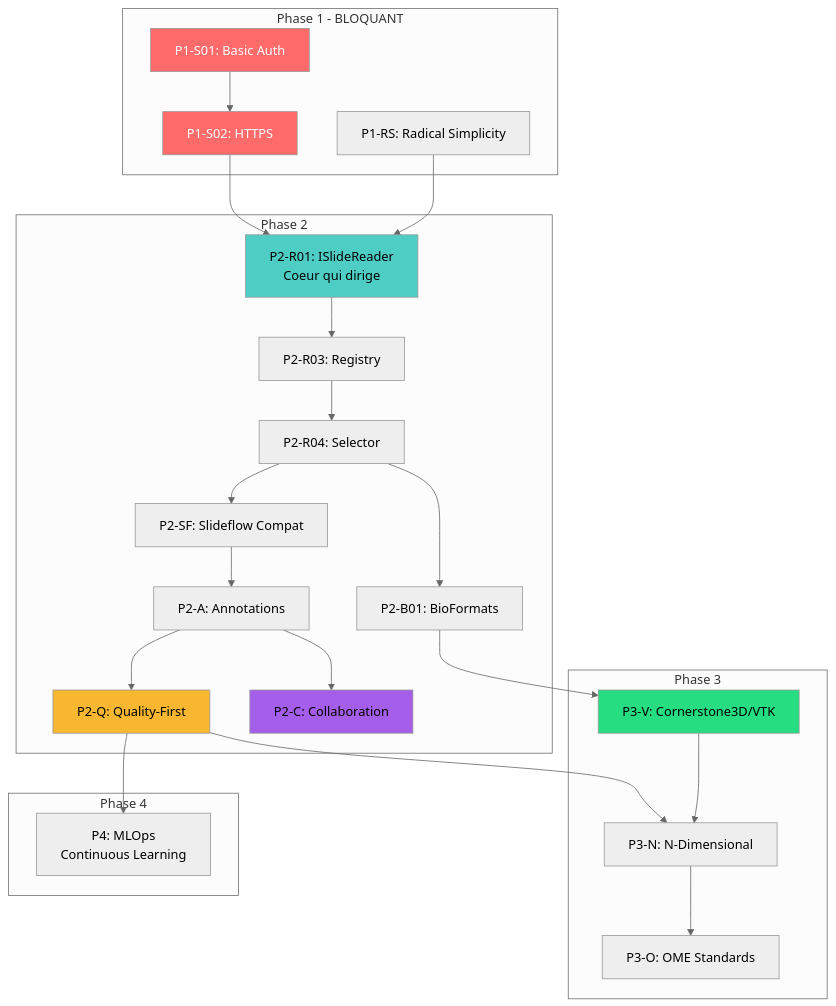
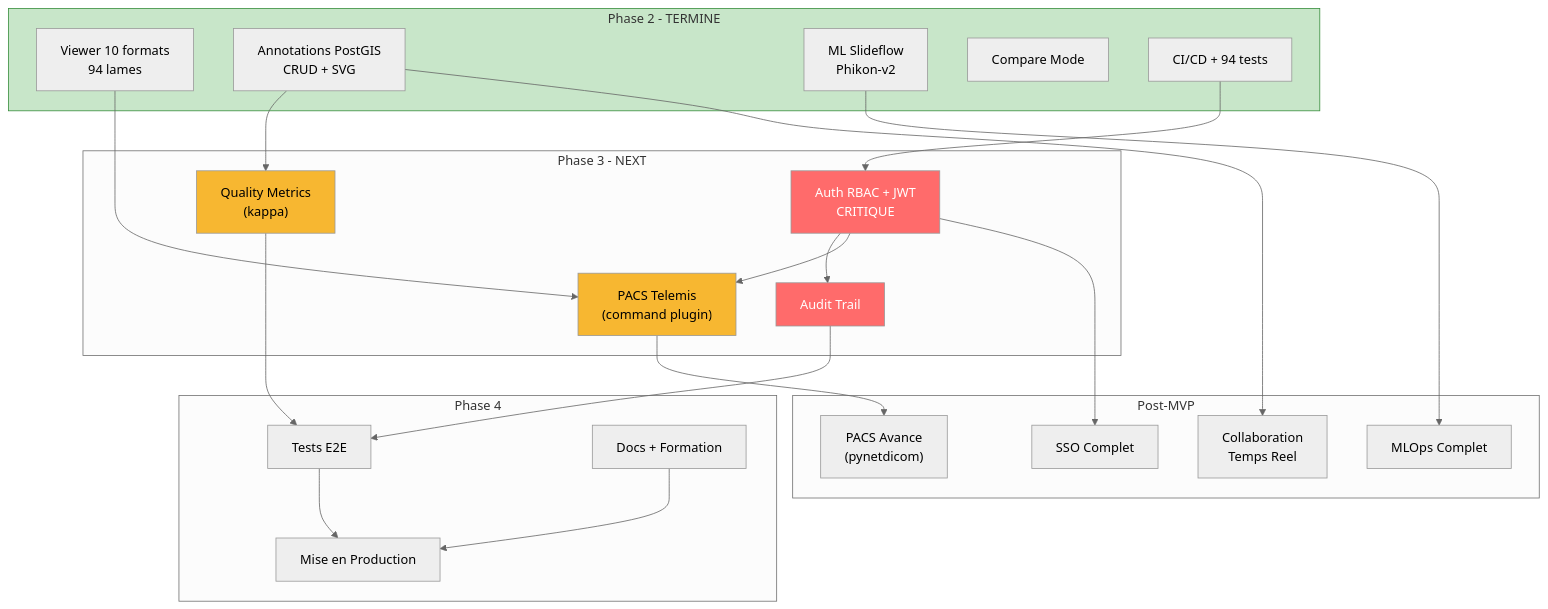
Before and after one commit to Yanstart/VarunaPoC: the second of 2 diagrams in .claude/memory/ROADMAP.md, drawn with Mermaid (neutral theme). The commit also changed other lines of this file and 13 other files, not shown here.

First line of the commit message:
docs: Update project documentation, memory files, and roadmap

````diff
--- a/.claude/memory/ROADMAP.md
+++ b/.claude/memory/ROADMAP.md
@@ -408,52 +290,50 @@
 ```mermaid
 flowchart TD
-    subgraph P1[Phase 1 - BLOQUANT]
-        P1_AUTH[P1-S01: Basic Auth]
-        P1_HTTPS[P1-S02: HTTPS]
-        P1_RS[P1-RS: Radical Simplicity]
+    subgraph P2_DONE["Phase 2 - TERMINE"]
+        P2_VIEW["Viewer 10 formats<br/>94 lames"]
+        P2_ANNOT["Annotations PostGIS<br/>CRUD + SVG"]
+        P2_ML["ML Slideflow<br/>Phikon-v2"]
+        P2_COMPARE["Compare Mode"]
+        P2_CI["CI/CD + 94 tests"]
     end
 
-    subgraph P2[Phase 2]
-        P2_IFACE[P2-R01: ISlideReader<br/>Coeur qui dirige]
-        P2_REG[P2-R03: Registry]
-        P2_SEL[P2-R04: Selector]
-        P2_BIO[P2-B01: BioFormats]
-        P2_SF[P2-SF: Slideflow Compat]
-        P2_ANNOT[P2-A: Annotations]
-        P2_QUAL[P2-Q: Quality-First]
-        P2_COLLAB[P2-C: Collaboration]
+    subgraph P3["Phase 3 - NEXT"]
+        P3_AUTH["Auth RBAC + JWT<br/>CRITIQUE"]
+        P3_AUDIT["Audit Trail"]
+        P3_QUAL["Quality Metrics<br/>(kappa)"]
+        P3_PACS["PACS Telemis<br/>(command plugin)"]
     end
 
-    subgraph P3[Phase 3]
-        P3_CORNER[P3-V: Cornerstone3D/VTK]
-        P3_ND[P3-N: N-Dimensional]
-        P3_OME[P3-O: OME Standards]
+    subgraph P4["Phase 4"]
+        P4_E2E["Tests E2E"]
+        P4_DOCS["Docs + Formation"]
+        P4_PROD["Mise en Production"]
     end
 
-    subgraph P4[Phase 4]
-        P4_ML[P4: MLOps<br/>Continuous Learning]
+    subgraph POST["Post-MVP"]
+        POST_SSO["SSO Complet"]
+        POST_COLLAB["Collaboration<br/>Temps Reel"]
+        POST_MLOPS["MLOps Complet"]
+        POST_PACS2["PACS Avance<br/>(pynetdicom)"]
     end
 
-    P1_AUTH --> P1_HTTPS
-    P1_HTTPS --> P2_IFACE
-    P1_RS --> P2_IFACE
-    P2_IFACE --> P2_REG
-    P2_REG --> P2_SEL
-    P2_SEL --> P2_BIO
-    P2_SEL --> P2_SF
-    P2_SF --> P2_ANNOT
-    P2_ANNOT --> P2_QUAL
-    P2_ANNOT --> P2_COLLAB
-    P2_BIO --> P3_CORNER
-    P2_QUAL --> P3_ND
-    P3_CORNER --> P3_ND
-    P3_ND --> P3_OME
-    P2_QUAL --> P4_ML
+    P2_ANNOT --> P3_QUAL
+    P2_VIEW --> P3_PACS
+    P2_CI --> P3_AUTH
+    P3_AUTH --> P3_AUDIT
+    P3_AUTH --> P3_PACS
+    P3_QUAL --> P4_E2E
+    P3_AUDIT --> P4_E2E
+    P4_E2E --> P4_PROD
+    P4_DOCS --> P4_PROD
+    P3_AUTH --> POST_SSO
+    P2_ANNOT --> POST_COLLAB
+    P2_ML --> POST_MLOPS
+    P3_PACS --> POST_PACS2
 
-    style P1_AUTH fill:#ff6b6b,color:#fff
-    style P1_HTTPS fill:#ff6b6b,color:#fff
-    style P2_IFACE fill:#4ecdc4
-    style P2_QUAL fill:#f7b731
-    style P2_COLLAB fill:#a55eea
-    style P3_CORNER fill:#26de81
+    style P2_DONE fill:#c8e6c9,stroke:#388E3C
+    style P3_AUTH fill:#ff6b6b,color:#fff
+    style P3_AUDIT fill:#ff6b6b,color:#fff
+    style P3_QUAL fill:#f7b731
+    style P3_PACS fill:#f7b731
 ```
````
